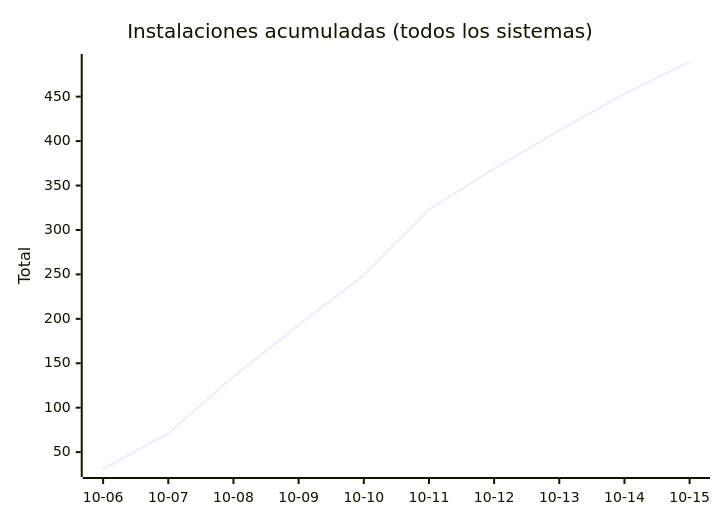
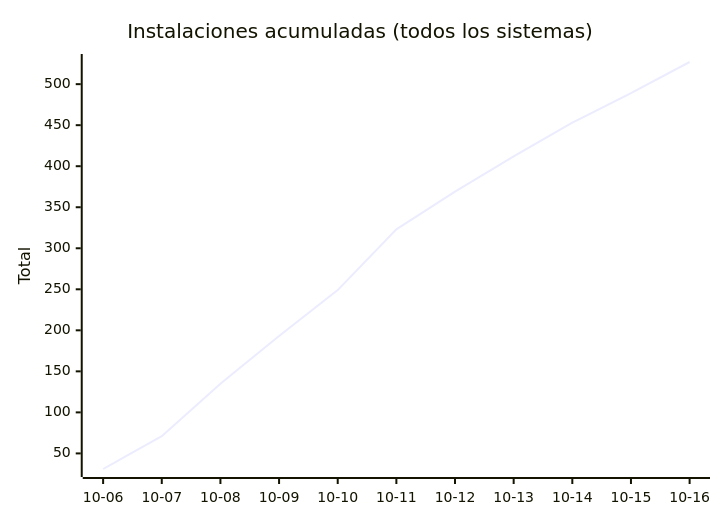
The seventh of 8 diagrams in README.md (EmuDeck/stats), drawn with Mermaid before and after one commit. The commit also changed other lines of this file and 2 other files, not shown here.

````diff
--- a/README.md
+++ b/README.md
@@ -76,7 +76,7 @@
 ```mermaid
 xychart-beta
     title "Instalaciones acumuladas (todos los sistemas)"
-    x-axis ["10-06", "10-07", "10-08", "10-09", "10-10", "10-11", "10-12", "10-13", "10-14", "10-15"]
+    x-axis ["10-06", "10-07", "10-08", "10-09", "10-10", "10-11", "10-12", "10-13", "10-14", "10-15", "10-16"]
     y-axis "Total"
-    line [31, 71, 135, 193, 249, 323, 369, 412, 453, 489]
+    line [31, 71, 135, 193, 249, 323, 369, 412, 453, 489, 527]
 ```
````
